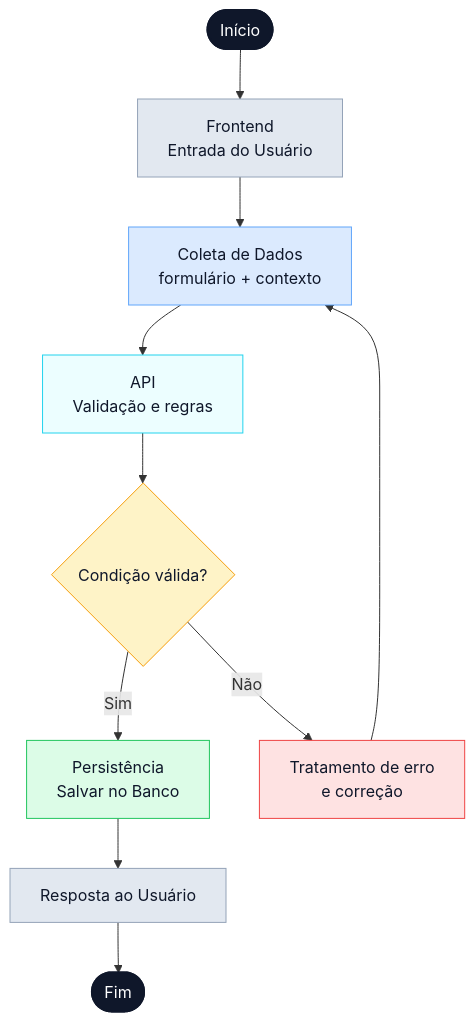
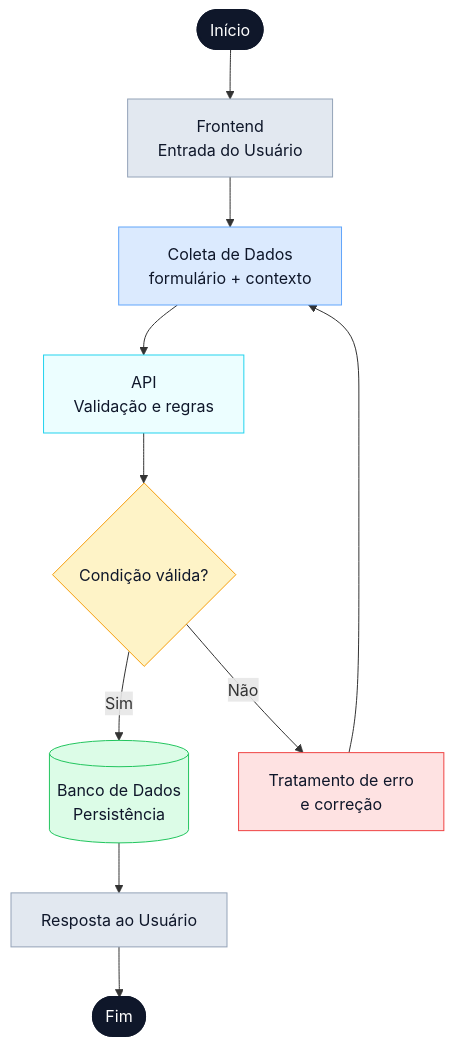
The diagram in README.md (murylomarques/fluxo-de-sistema), drawn with Mermaid before and after one commit.

Commit message:
first commit2 6

````diff
--- a/README.md
+++ b/README.md
@@ -28,28 +28,28 @@
 ```mermaid
 flowchart TD
   %% Nós
   A([Início]):::start
   B["Frontend<br/>Entrada do Usuário"]:::ui
   C["Coleta de Dados<br/>formulário + contexto"]:::proc
   D["API<br/>Validação e regras"]:::api
   E{Condição válida?}:::decision
-  F["Persistência<br/>Salvar no Banco"]:::db
+  F[("Banco de Dados<br/>Persistência")]:::db
   G["Resposta ao Usuário"]:::ui
   H["Tratamento de erro<br/>e correção"]:::warn
   I([Fim]):::endc
 
   %% Fluxo
   A --> B --> C --> D --> E
   E -- Sim --> F --> G --> I
   E -- Não --> H --> C
 
   %% Estilo (moderno e limpo)
   classDef start fill:#0f172a,stroke:#0f172a,color:#ffffff,stroke-width:2px;
   classDef endc fill:#0f172a,stroke:#0f172a,color:#ffffff,stroke-width:2px;
   classDef ui fill:#e2e8f0,stroke:#94a3b8,color:#0f172a,stroke-width:1px;
   classDef proc fill:#dbeafe,stroke:#60a5fa,color:#0f172a,stroke-width:1px;
   classDef api fill:#ecfeff,stroke:#22d3ee,color:#0f172a,stroke-width:1px;
   classDef decision fill:#fef3c7,stroke:#f59e0b,color:#0f172a,stroke-width:1px;
   classDef db fill:#dcfce7,stroke:#22c55e,color:#0f172a,stroke-width:1px;
   classDef warn fill:#fee2e2,stroke:#ef4444,color:#0f172a,stroke-width:1px;
 ```
````
